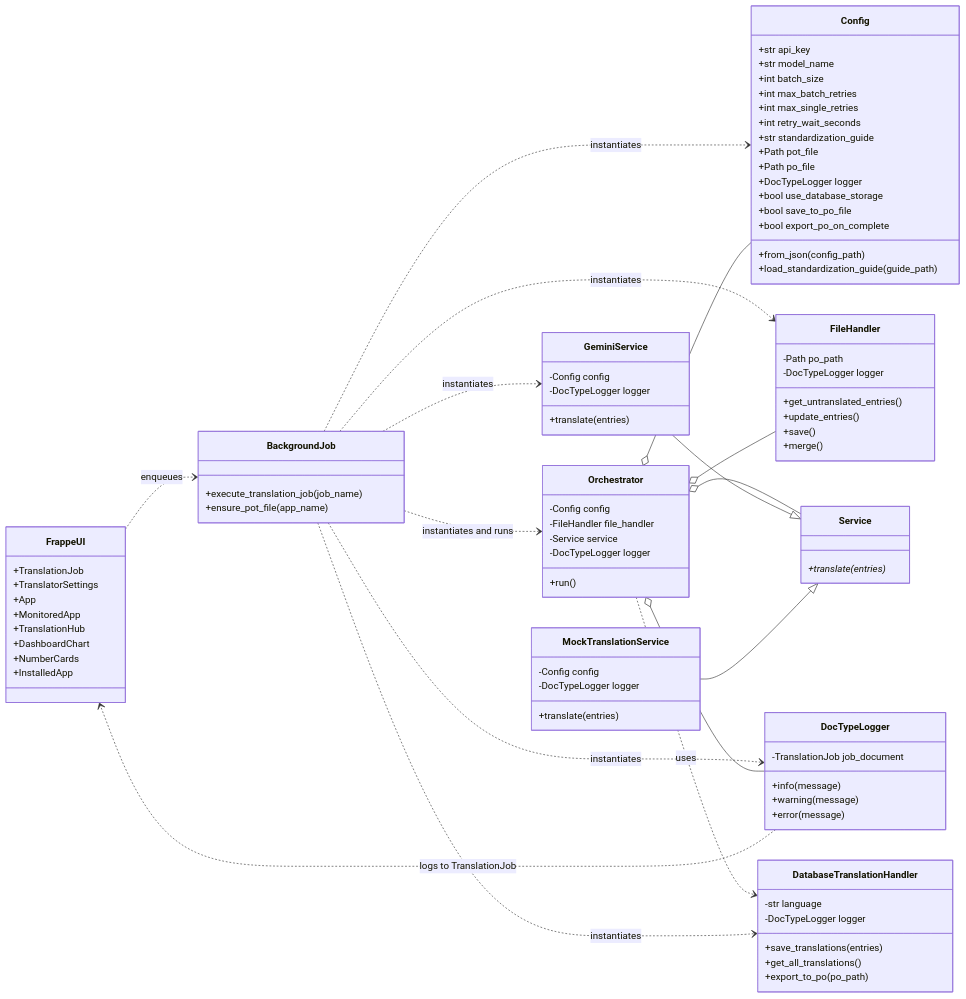
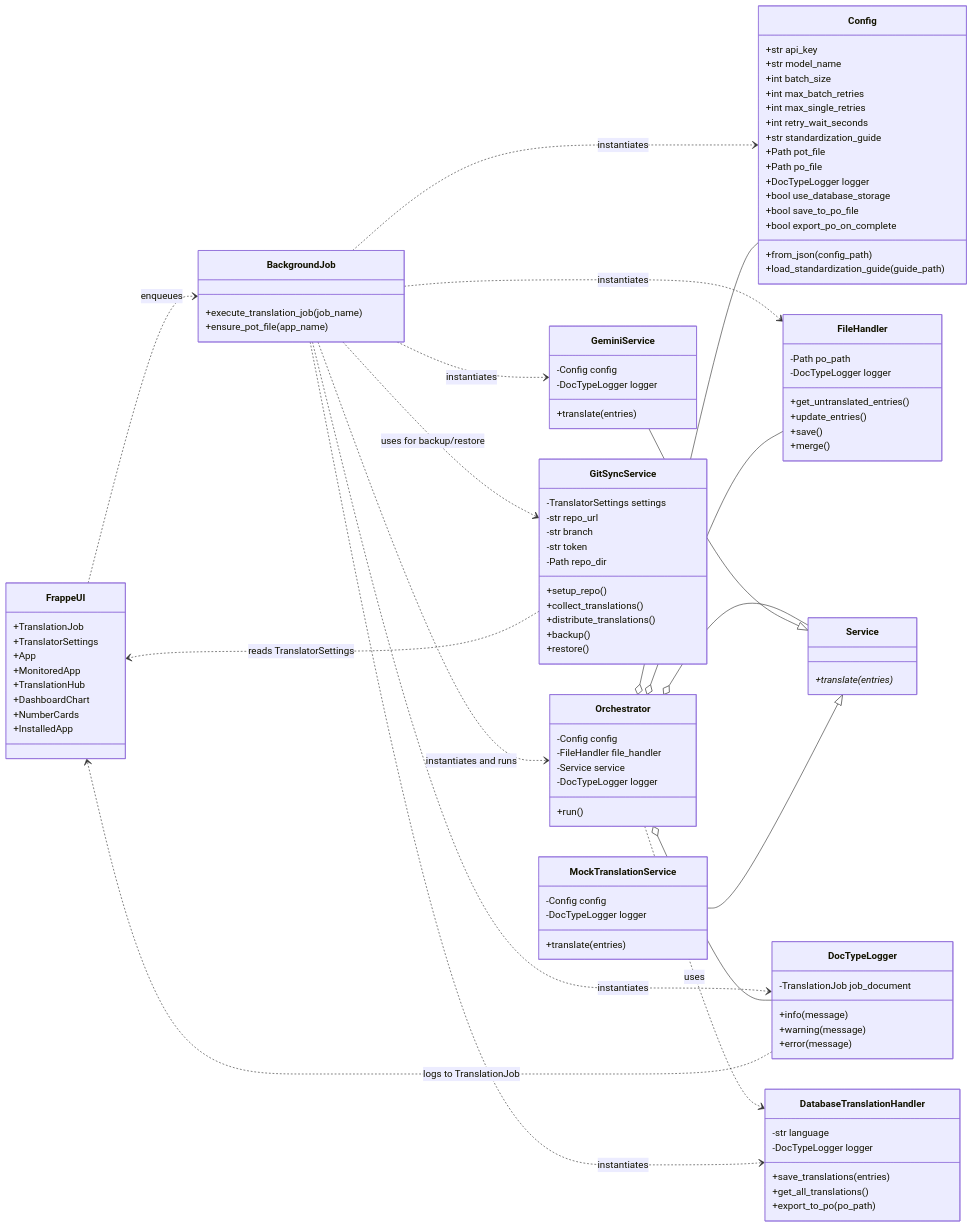
The first of 4 diagrams in docs/developer_guide/architecture.md (SebstnRodri/translation_hub), drawn with Mermaid before and after one commit. The commit also changed other lines of this file and 3 other files, not shown here.

Commit message:
docs: update documentation for v1.1.0-beta with GitSyncService

````diff
--- a/docs/developer_guide/architecture.md
+++ b/docs/developer_guide/architecture.md
@@ -171,12 +171,26 @@
         +error(message)
     }
 
+    class GitSyncService {
+        -TranslatorSettings settings
+        -str repo_url
+        -str branch
+        -str token
+        -Path repo_dir
+        +setup_repo()
+        +collect_translations()
+        +distribute_translations()
+        +backup()
+        +restore()
+    }
+
     FrappeUI ..> BackgroundJob : enqueues
     BackgroundJob ..> Orchestrator : instantiates and runs
     BackgroundJob ..> Config : instantiates
     BackgroundJob ..> FileHandler : instantiates
     BackgroundJob ..> GeminiService : instantiates
     BackgroundJob ..> DocTypeLogger : instantiates
+    BackgroundJob ..> GitSyncService : uses for backup/restore
 
     Orchestrator o-- Config
     Orchestrator o-- FileHandler
@@ -188,4 +202,5 @@
     MockTranslationService --|> Service
     BackgroundJob ..> DatabaseTranslationHandler : instantiates
     DocTypeLogger ..> FrappeUI : logs to TranslationJob
+    GitSyncService ..> FrappeUI : reads TranslatorSettings
 ```
````
